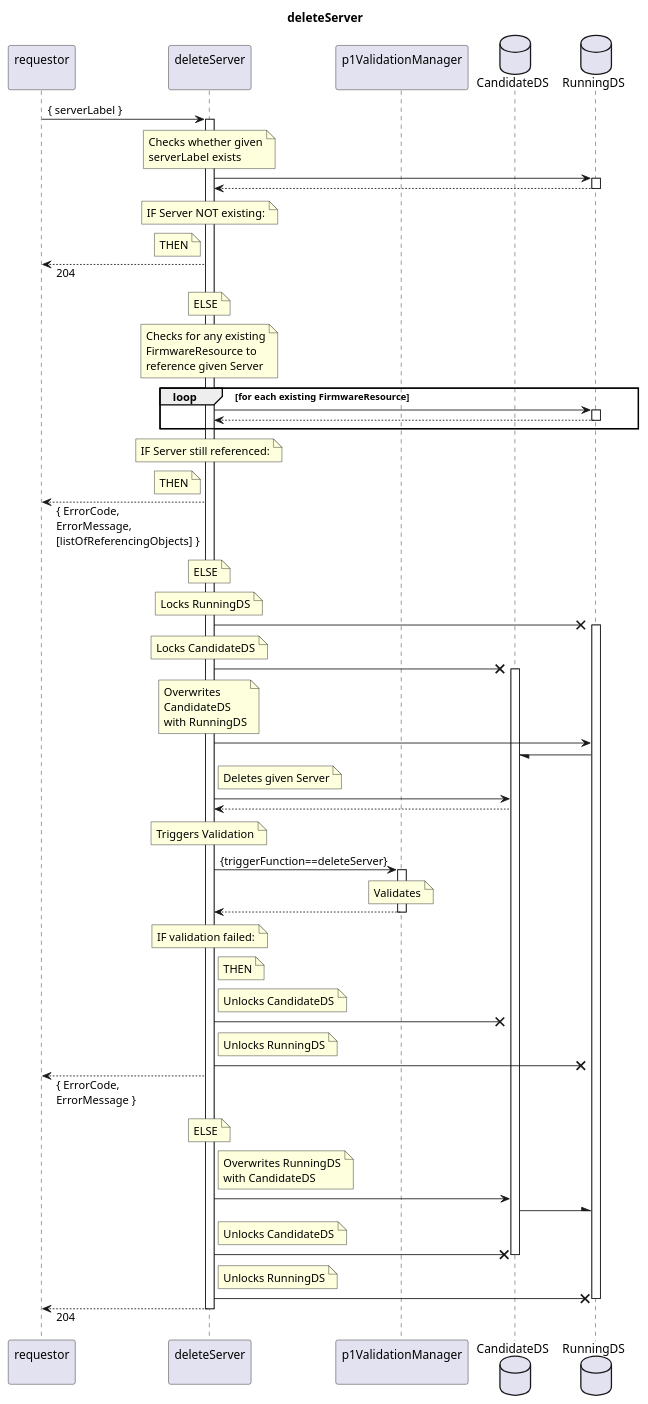
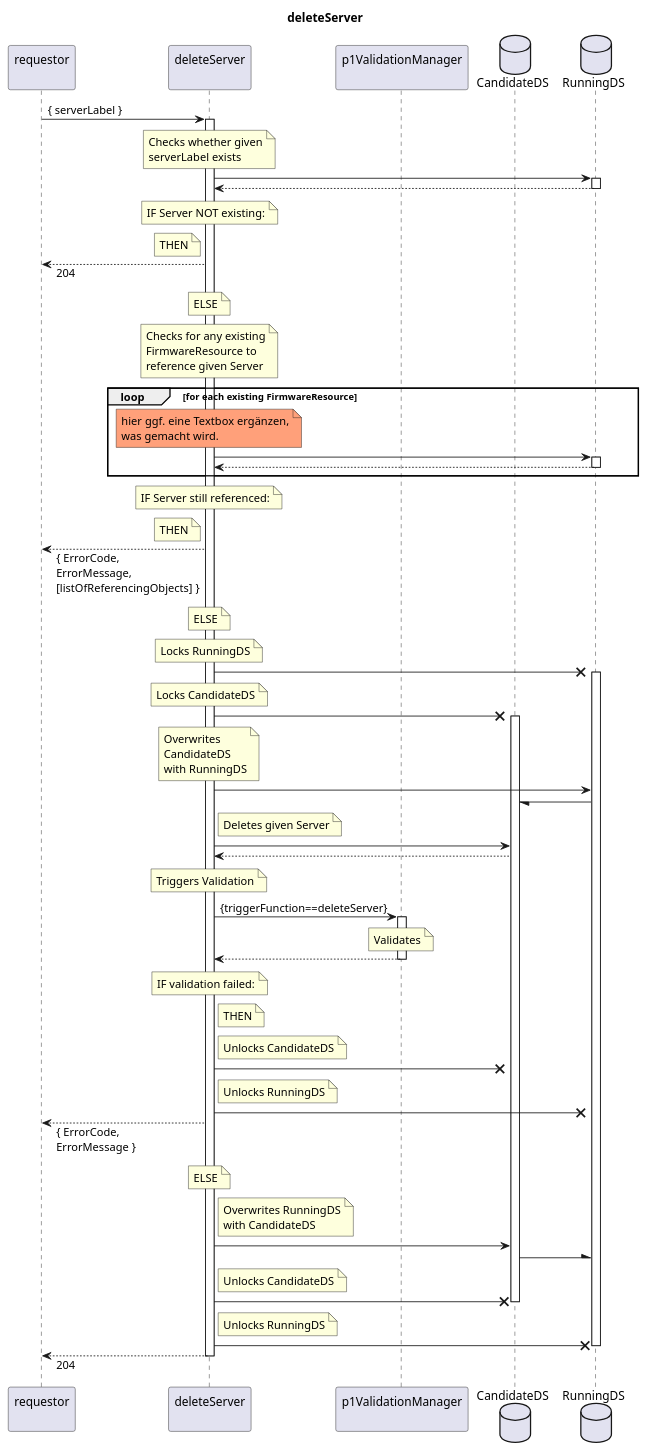
Before and after one commit to openBackhaul/FirmWareManager: the diagram in spec/Services/deleteServer/1.0.0/deleteServer.plantuml, drawn with PlantUML. The commit also changed 9 other files, not shown here.

```diff
--- a/spec/Services/deleteServer/1.0.0/deleteServer.plantuml
+++ b/spec/Services/deleteServer/1.0.0/deleteServer.plantuml
@@ -1,131 +1,135 @@
 @startuml deleteServer
 skinparam responseMessageBelowArrow true
 
 title
   deleteServer
 end title
 
 participant "requestor\n" as requestor
 participant "deleteServer\n" as cur
 participant "p1ValidationManager\n" as valiMan
 database "CandidateDS" as CanDS
 database "RunningDS" as RunDS
 
 requestor -> cur: { serverLabel }
 activate cur
 
   note over cur
     Checks whether given
     serverLabel exists
   end note
   cur -> RunDS
   activate RunDS
   cur <-- RunDS
   deactivate RunDS
   note over cur
     IF Server NOT existing:
   end note
   note left cur
     THEN
   end note
   requestor <-- cur: 204
   note over cur
     ELSE
   end note
 
   note over cur
     Checks for any existing
     FirmwareResource to
     reference given Server
   end note
   loop for each existing FirmwareResource
+    note over cur #LightSalmon
+      hier ggf. eine Textbox ergänzen,
+      was gemacht wird.
+    end note
     cur -> RunDS
     activate RunDS
     cur <-- RunDS
     deactivate RunDS
   end loop
   note over cur
     IF Server still referenced:
   end note
   note left cur
     THEN
   end note
   requestor <-- cur: { ErrorCode,\nErrorMessage,\n[listOfReferencingObjects] }
   note over cur
     ELSE
   end note
 
   note over cur
     Locks RunningDS
   end note
   cur -X RunDS
   activate RunDS
   note over cur
     Locks CandidateDS
   end note
   cur -X CanDS
   activate CanDS
   note over cur
     Overwrites
     CandidateDS
     with RunningDS
   end note
   cur -> RunDS
   RunDS -/ CanDS
 
   note right cur
     Deletes given Server
   end note
   cur -> CanDS
   cur <-- CanDS
 
   note over cur
     Triggers Validation
   end note
   cur -> valiMan: {triggerFunction==deleteServer}
   activate valiMan
     note over valiMan
       Validates
     end note
   cur <-- valiMan
   deactivate valiMan
   note over cur
     IF validation failed:
   end note
   note right cur
     THEN
   end note
   note right cur
     Unlocks CandidateDS
   end note
   cur -X CanDS
   note right cur
     Unlocks RunningDS
   end note
   cur -X RunDS
   requestor <-- cur: { ErrorCode,\nErrorMessage }
   note over cur
     ELSE
   end note
 
   note right cur
     Overwrites RunningDS
     with CandidateDS
   end note
   cur -> CanDS
   CanDS -\ RunDS
   note right cur
     Unlocks CandidateDS
   end note
   cur -X CanDS
   deactivate CanDS
   note right cur
     Unlocks RunningDS
   end note
   cur -X RunDS
   deactivate RunDS
 
 requestor <-- cur: 204
 deactivate cur
 
 @enduml
```
